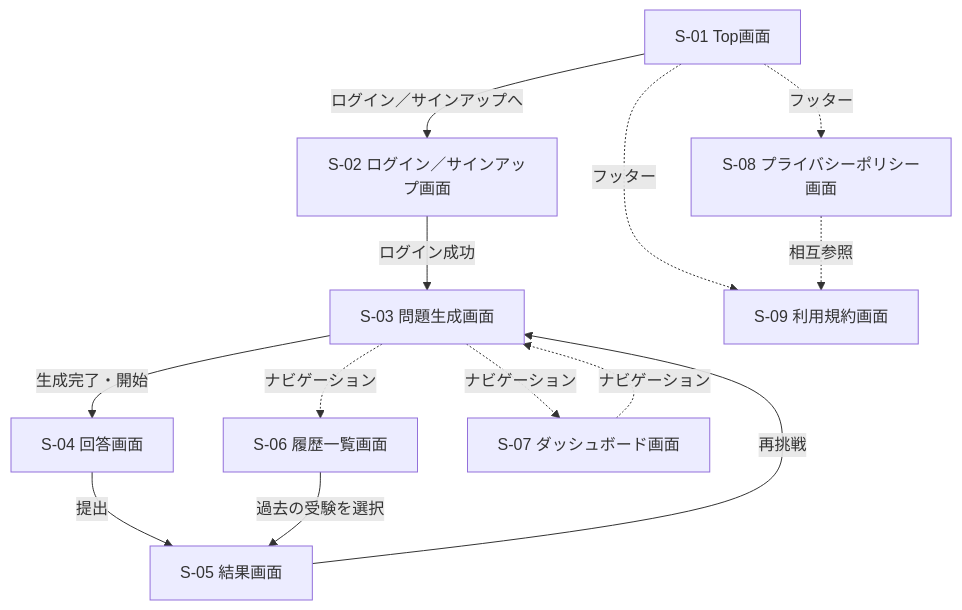
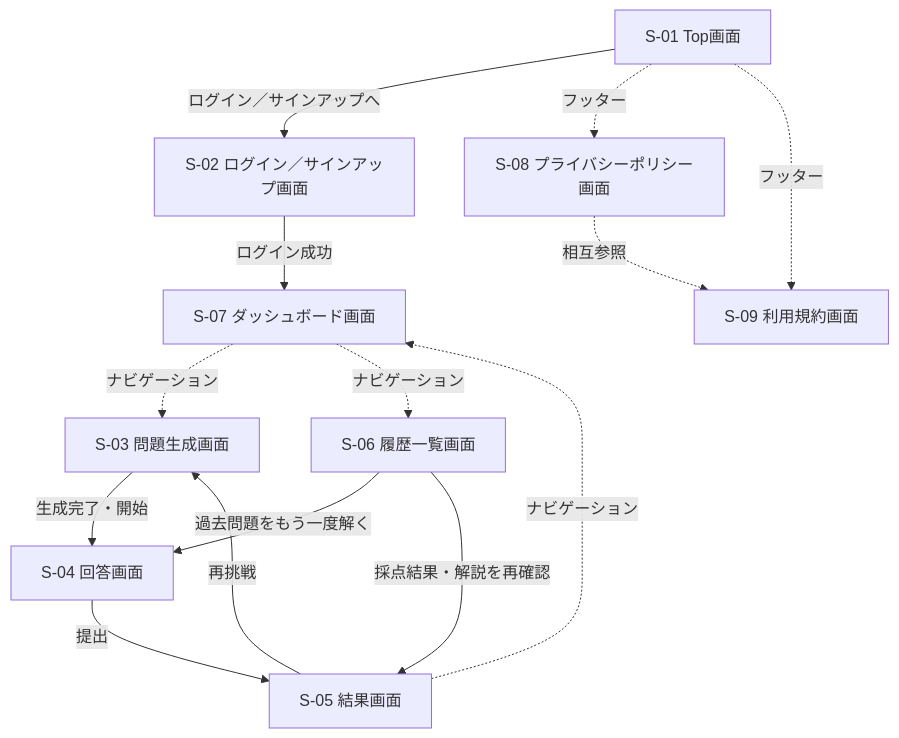
One commit to h-fujiwara-dev/ielts-creater changed the diagram in docs/画面遷移図.md. Above: the diagram before and after it, drawn with Mermaid. The commit also changed other lines of this file and 3 other files, not shown here.

````diff
--- a/docs/画面遷移図.md
+++ b/docs/画面遷移図.md
@@ -7,15 +7,16 @@
 ```mermaid
 flowchart TD
     S01[S-01 Top画面] -->|ログイン／サインアップへ| S02[S-02 ログイン／サインアップ画面]
-    S02 -->|ログイン成功| S03[S-03 問題生成画面]
+    S02 -->|ログイン成功| S07[S-07 ダッシュボード画面]
+    S07 -.ナビゲーション.-> S03[S-03 問題生成画面]
+    S07 -.ナビゲーション.-> S06[S-06 履歴一覧画面]
     S03 -->|生成完了・開始| S04[S-04 回答画面]
     S04 -->|提出| S05[S-05 結果画面]
     S05 -->|再挑戦| S03
-    S03 -.ナビゲーション.-> S06[S-06 履歴一覧画面]
-    S03 -.ナビゲーション.-> S07[S-07 ダッシュボード画面]
-    S06 -->|過去の受験を選択| S05
-    S07 -.ナビゲーション.-> S03
+    S05 -.ナビゲーション.-> S07
+    S06 -->|過去問題をもう一度解く| S04
+    S06 -->|採点結果・解説を再確認| S05
     S01 -.フッター.-> S08[S-08 プライバシーポリシー画面]
     S01 -.フッター.-> S09[S-09 利用規約画面]
     S08 -.相互参照.-> S09
 ```
````
